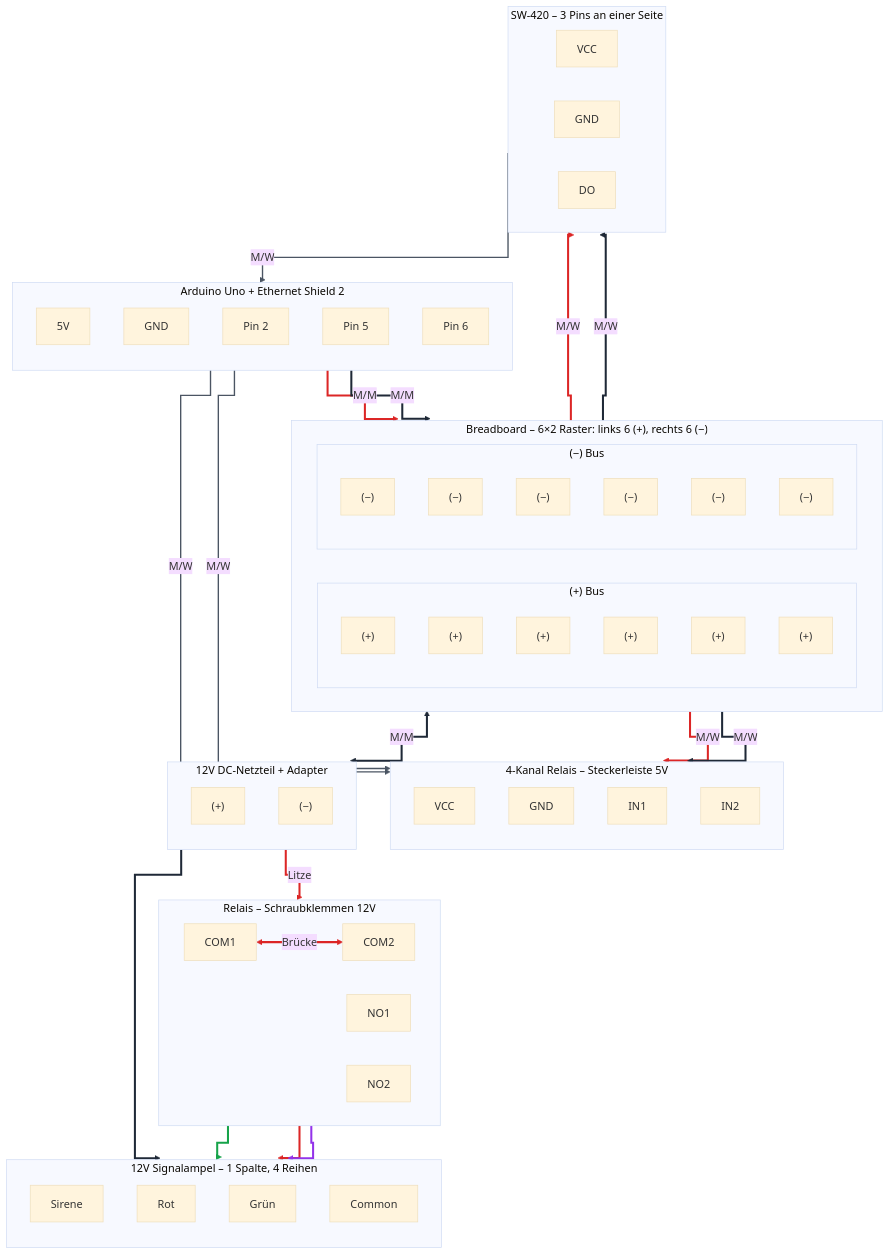
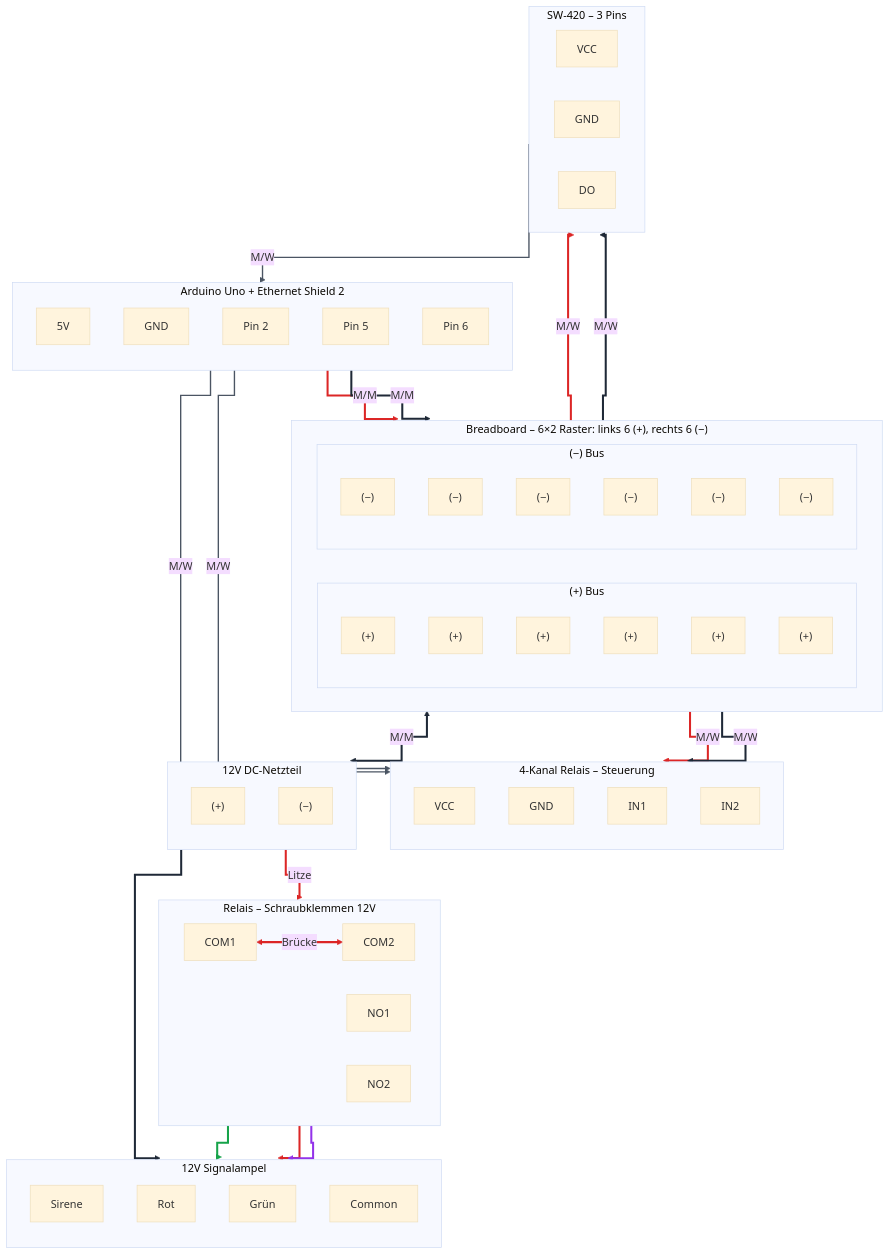
One commit to OliverBerger-ORBIS/ORBIS-Modellfabrik changed the diagram in docs/05-hardware/arduino-vibrationssensor.md. Above: the diagram before and after it, drawn with Mermaid (base theme). The commit also changed other lines of this file and 19 other files, not shown here.

```diff
--- a/docs/05-hardware/arduino-vibrationssensor.md
+++ b/docs/05-hardware/arduino-vibrationssensor.md
@@ -96,14 +38,14 @@
         end
     end
 
-    subgraph SW420["SW-420 – 3 Pins an einer Seite"]
+    subgraph SW420["SW-420 – 3 Pins"]
         direction LR
         S_VCC["VCC"]
         S_GND["GND"]
         S_DO["DO"]
     end
 
-    subgraph RELAIS_IN["4-Kanal Relais – Steckerleiste 5V"]
+    subgraph RELAIS_IN["4-Kanal Relais – Steuerung"]
         direction TB
         R_VCC["VCC"]
         R_GND["GND"]
@@ -119,13 +61,13 @@
         R_NO2["NO2"]
     end
 
-    subgraph DC["12V DC-Netzteil + Adapter"]
+    subgraph DC["12V DC-Netzteil"]
         direction TB
         DC_PLUS["(+)"]
         DC_MINUS["(−)"]
     end
 
-    subgraph AMPEL["12V Signalampel – 1 Spalte, 4 Reihen"]
+    subgraph AMPEL["12V Signalampel"]
         direction TB
         AMP_SIRENE["Sirene"]
         AMP_ROT["Rot"]
```
